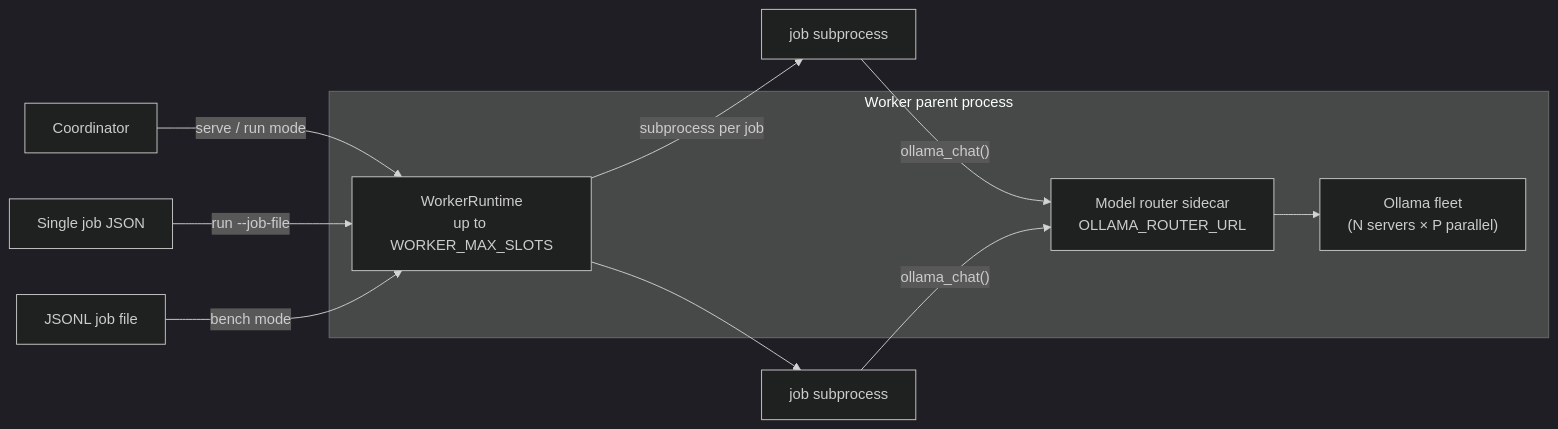
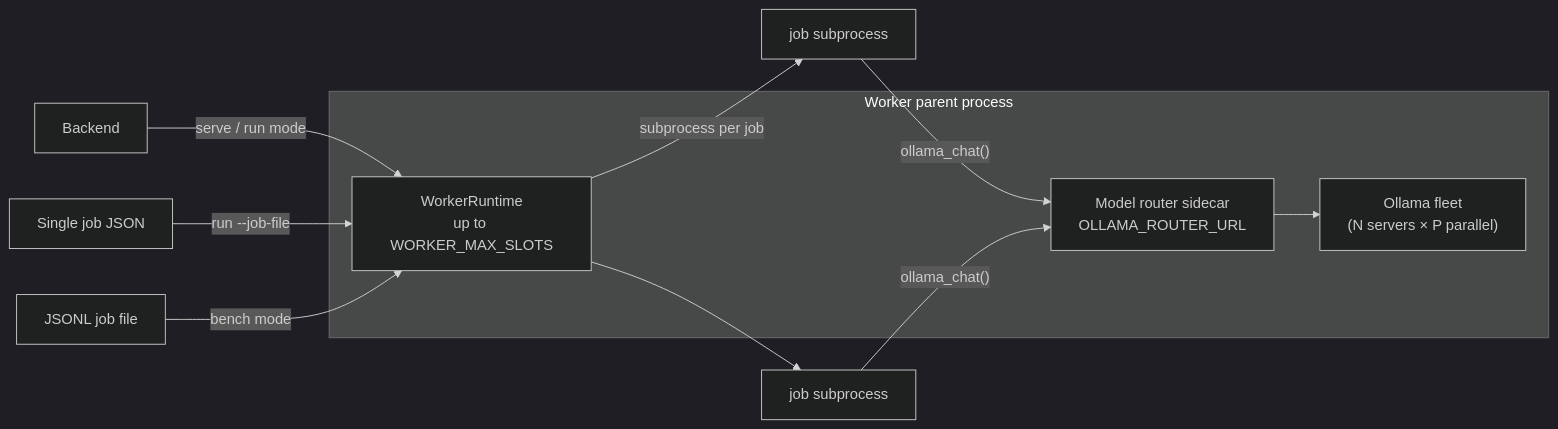
Before and after one commit to cadsaltz/gene-autoannotator: the diagram in worker/README.md, drawn with Mermaid (dark theme). The commit also changed other lines of this file and 69 other files, not shown here.

First line of the commit message:
Rename coordinator control plane naming to backend.

````diff
--- a/worker/README.md
+++ b/worker/README.md
@@ -20,16 +20,16 @@
 ```mermaid
 flowchart LR
     subgraph worker_parent["Worker parent process"]
         Fleet["Ollama fleet<br/>(N servers × P parallel)"]
         Router["Model router sidecar<br/>OLLAMA_ROUTER_URL"]
         Runtime["WorkerRuntime<br/>up to WORKER_MAX_SLOTS"]
     end
-    Coord["Coordinator"] -->|"serve / run mode"| Runtime
+    Backend["Backend"] -->|"serve / run mode"| Runtime
     JobFile["Single job JSON"] -->|"run --job-file"| Runtime
     JSONL["JSONL job file"] -->|"bench mode"| Runtime
     Runtime -->|"subprocess per job"| Job1["job subprocess"]
     Runtime --> Job2["job subprocess"]
     Job1 -->|"ollama_chat()"| Router
     Job2 -->|"ollama_chat()"| Router
     Router --> Fleet
 ```
````
